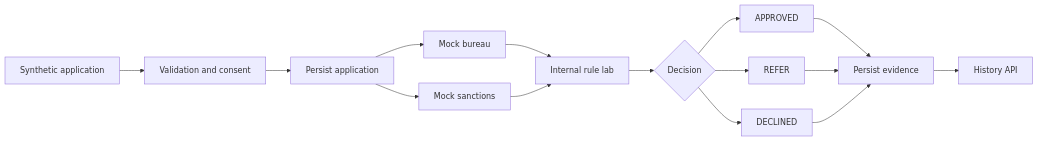
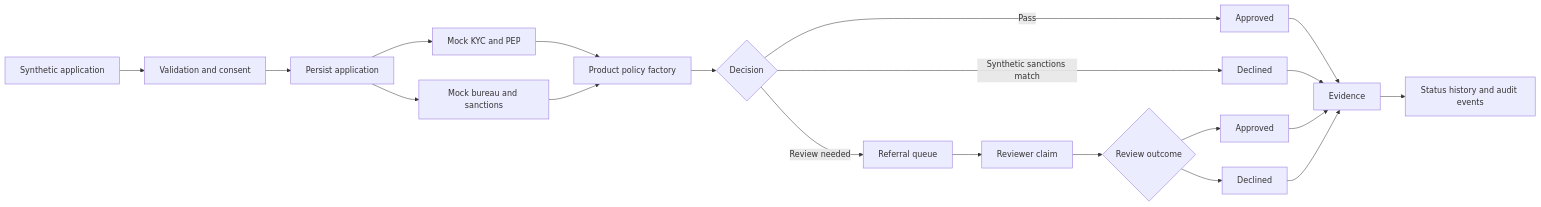
The diagram in README.md (GPBrij/Retail-Banking-Origination-Lab), drawn with Mermaid before and after one commit. The commit also changed other lines of this file and 9 other files, not shown here.

````diff
--- a/README.md
+++ b/README.md
@@ -75,17 +83,22 @@
 ```mermaid
 flowchart LR
-    A[Synthetic application] --> B[Validation and consent]
-    B --> C[Persist application]
-    C --> D[Mock bureau]
-    C --> E[Mock sanctions]
-    D --> F[Internal rule lab]
-    E --> F
-    F --> G{Decision}
-    G --> H[APPROVED]
-    G --> I[REFER]
-    G --> J[DECLINED]
-    H --> K[Persist evidence]
-    I --> K
-    J --> K
-    K --> L[History API]
+ A[Synthetic application] --> B[Validation and consent]
+ B --> C[Persist application]
+ C --> D[Mock KYC and PEP]
+ C --> E[Mock bureau and sanctions]
+ D --> F[Product policy factory]
+ E --> F
+ F --> G{Decision}
+ G -->|Pass| H[Approved]
+ G -->|Review needed| I[Referral queue]
+ G -->|Synthetic sanctions match| J[Declined]
+ I --> K[Reviewer claim]
+ K --> L{Review outcome}
+ L --> M[Approved]
+ L --> N[Declined]
+ H --> O[Evidence]
+ J --> O
+ M --> O
+ N --> O
+ O --> P[Status history and audit events]
 ```
````
